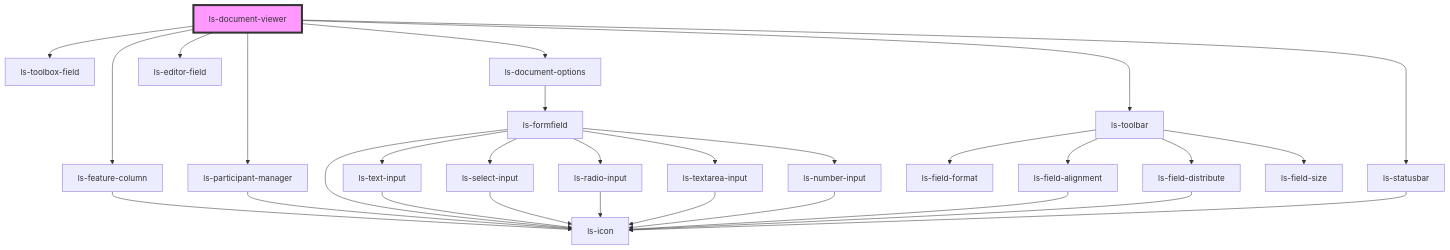
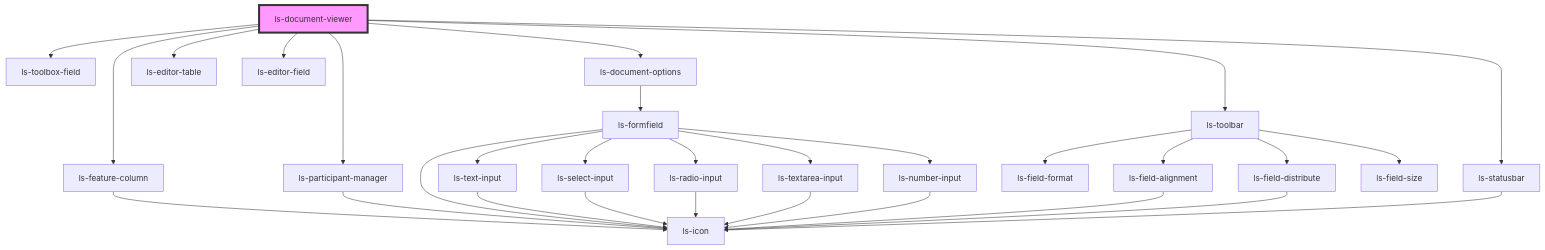
Before and after one commit to legalesign/ls-document-viewer: the diagram in src/components/ls-document-viewer/readme.md, drawn with Mermaid. The commit also changed other lines of this file and 25 other files, not shown here.

````diff
--- a/src/components/ls-document-viewer/readme.md
+++ b/src/components/ls-document-viewer/readme.md
@@ -100,32 +102,33 @@
 ```mermaid
 graph TD;
   ls-document-viewer --> ls-feature-column
   ls-document-viewer --> ls-toolbox-field
   ls-document-viewer --> ls-participant-manager
   ls-document-viewer --> ls-document-options
   ls-document-viewer --> ls-toolbar
+  ls-document-viewer --> ls-editor-table
   ls-document-viewer --> ls-statusbar
   ls-document-viewer --> ls-editor-field
   ls-feature-column --> ls-icon
   ls-participant-manager --> ls-icon
   ls-document-options --> ls-formfield
   ls-formfield --> ls-icon
   ls-formfield --> ls-text-input
   ls-formfield --> ls-select-input
   ls-formfield --> ls-radio-input
   ls-formfield --> ls-textarea-input
   ls-formfield --> ls-number-input
   ls-text-input --> ls-icon
   ls-select-input --> ls-icon
   ls-radio-input --> ls-icon
   ls-textarea-input --> ls-icon
   ls-number-input --> ls-icon
   ls-toolbar --> ls-field-format
   ls-toolbar --> ls-field-alignment
   ls-toolbar --> ls-field-distribute
   ls-toolbar --> ls-field-size
   ls-field-alignment --> ls-icon
   ls-field-distribute --> ls-icon
   ls-statusbar --> ls-icon
   style ls-document-viewer fill:#f9f,stroke:#333,stroke-width:4px
 ```
````
